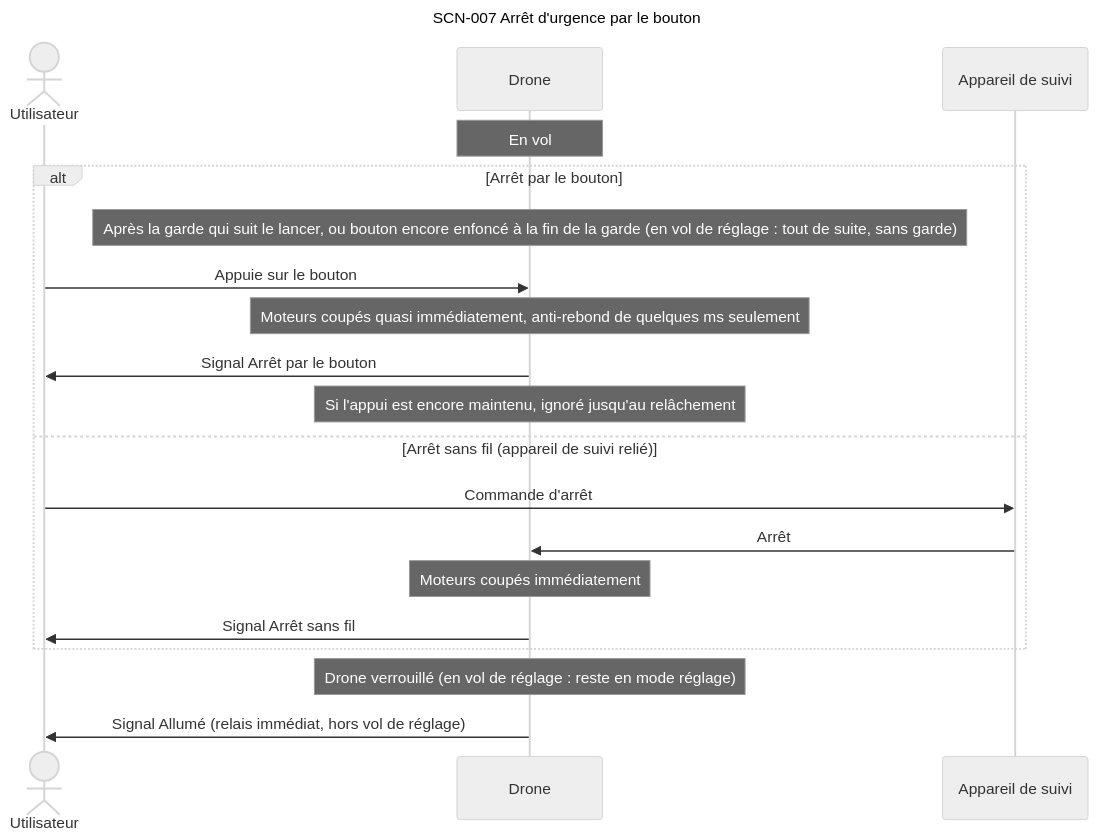
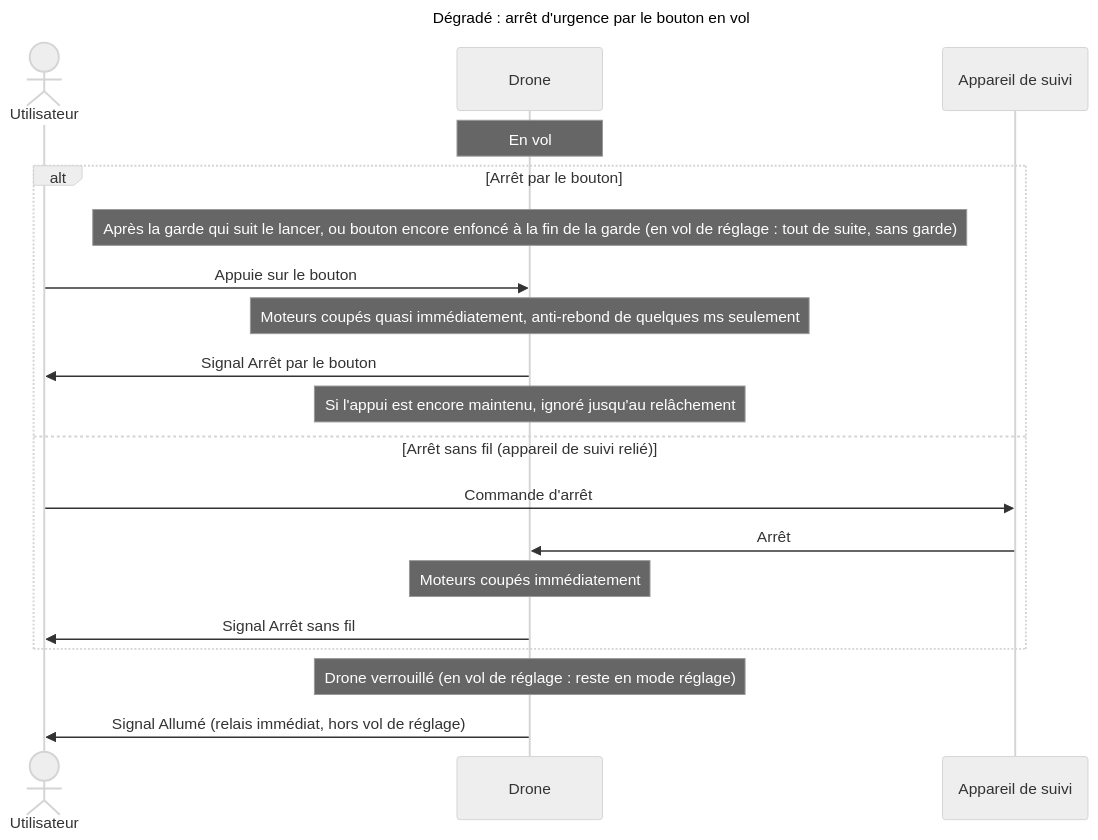
One commit to thourymatthieu-png/coworker_archi_system changed diagram 11 of 15 in projets/boomrone/00-scenarios.md. Above: the diagram before and after it, drawn with Mermaid (neutral theme). The commit also changed other lines of this file and 6 other files, not shown here.

````diff
--- a/projets/boomrone/00-scenarios.md
+++ b/projets/boomrone/00-scenarios.md
@@ -583,24 +651,24 @@
 ```mermaid
 ---
-title: "SCN-007 Arrêt d'urgence par le bouton"
+title: "Dégradé : arrêt d'urgence par le bouton en vol"
 ---
 sequenceDiagram
     actor U as Utilisateur
     participant D as Drone
     participant A as Appareil de suivi
     Note over D: En vol
     alt Arrêt par le bouton
         Note over D: Après la garde qui suit le lancer, ou bouton encore enfoncé à la fin de la garde (en vol de réglage : tout de suite, sans garde)
         U->>D: Appuie sur le bouton
         Note over D: Moteurs coupés quasi immédiatement, anti-rebond de quelques ms seulement
         D->>U: Signal Arrêt par le bouton
         Note over D: Si l'appui est encore maintenu, ignoré jusqu'au relâchement
     else Arrêt sans fil (appareil de suivi relié)
         U->>A: Commande d'arrêt
         A->>D: Arrêt
         Note over D: Moteurs coupés immédiatement
         D->>U: Signal Arrêt sans fil
     end
     Note over D: Drone verrouillé (en vol de réglage : reste en mode réglage)
     D->>U: Signal Allumé (relais immédiat, hors vol de réglage)
 ```
````
